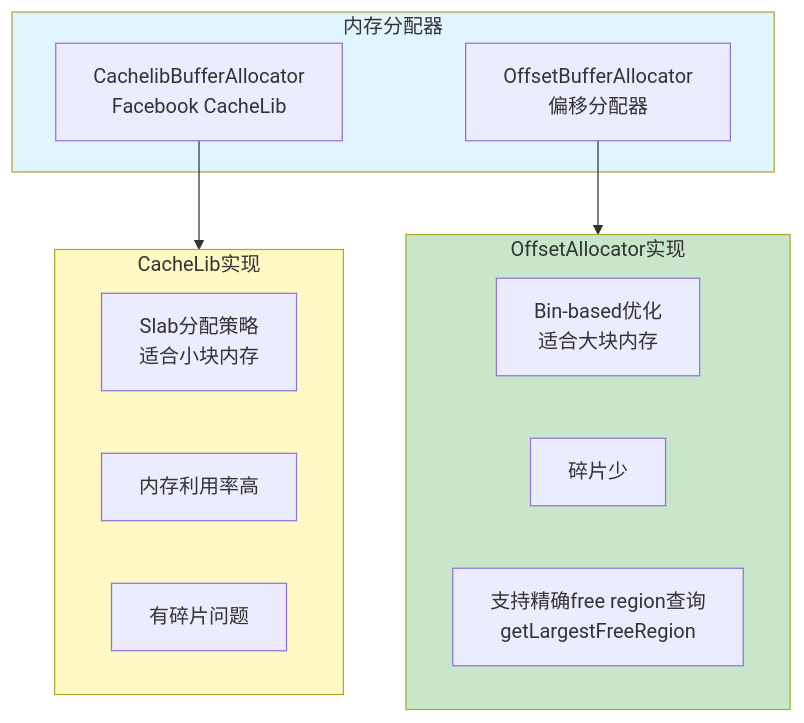
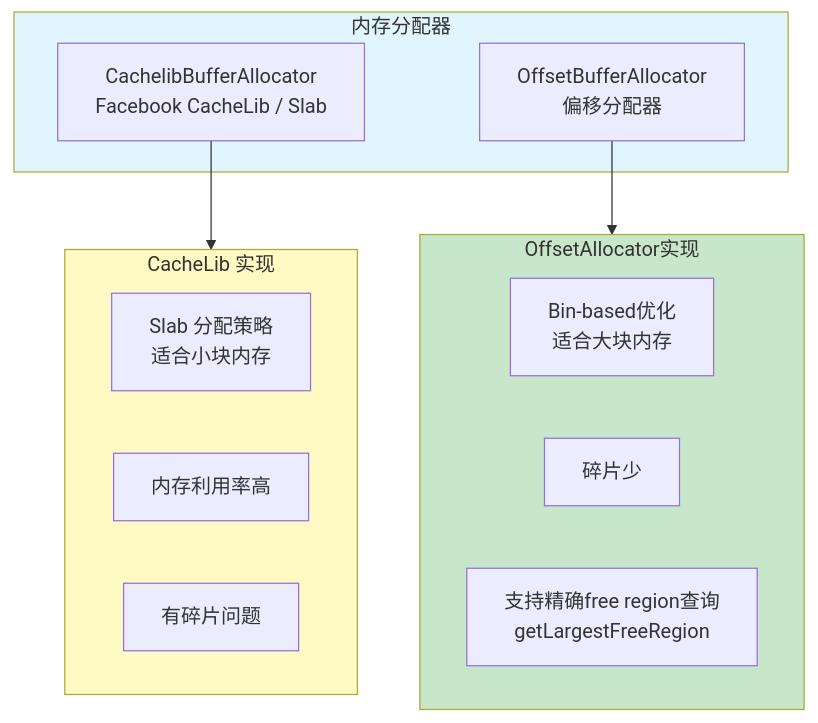
Before and after one commit to larryliuqing/vllm-docs: the tenth of 26 diagrams in docs/mooncake/mooncake_architecture_and_workflow.md, drawn with Mermaid. The commit also changed other lines of this file and 3 other files, not shown here.

````diff
--- a/docs/mooncake/mooncake_architecture_and_workflow.md
+++ b/docs/mooncake/mooncake_architecture_and_workflow.md
@@ -657,26 +949,26 @@
 ```mermaid
 flowchart TB
     subgraph Allocators["内存分配器"]
-        CachelibAllocator[CachelibBufferAllocator<br/>Facebook CacheLib]
+        CachelibAllocator[CachelibBufferAllocator<br/>Facebook CacheLib / Slab]
         OffsetAllocator[OffsetBufferAllocator<br/>偏移分配器]
     end
     
-    subgraph Cachelib["CacheLib实现"]
-        SlabAlloc[Slab分配策略<br/>适合小块内存]
+    subgraph Cachelib["CacheLib 实现"]
+        SlabAlloc[Slab 分配策略<br/>适合小块内存]
         HighUtilization[内存利用率高]
         Fragmentation[有碎片问题]
     end
     
     subgraph Offset["OffsetAllocator实现"]
         BinBased[Bin-based优化<br/>适合大块内存]
         LowFragmentation[碎片少]
         PreciseFree[支持精确free region查询<br/>getLargestFreeRegion]
     end
     
     CachelibAllocator --> Cachelib
     OffsetAllocator --> Offset
     
     style Allocators fill:#e1f5ff
     style Cachelib fill:#fff9c4
     style Offset fill:#c8e6c9
 ```
````
